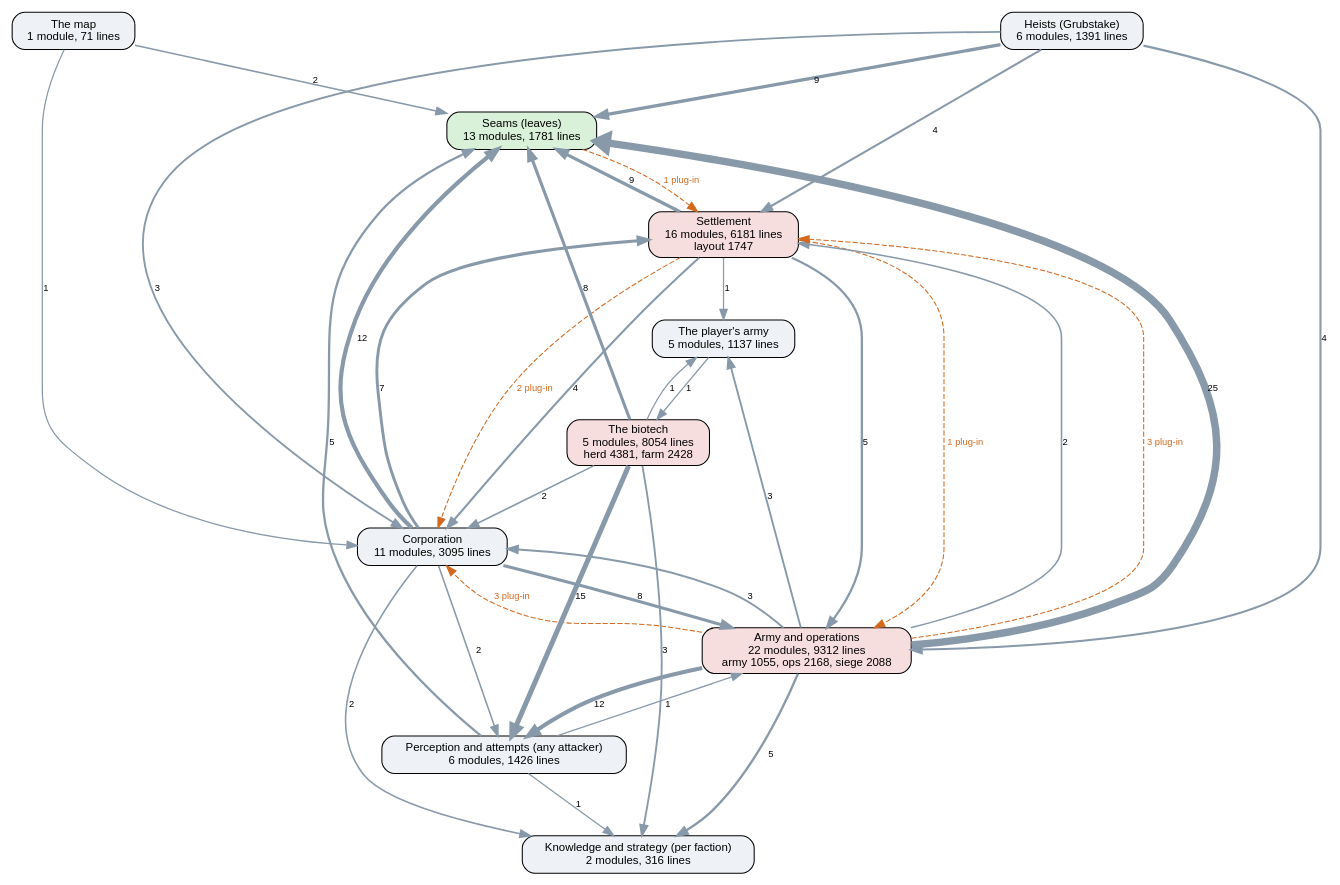
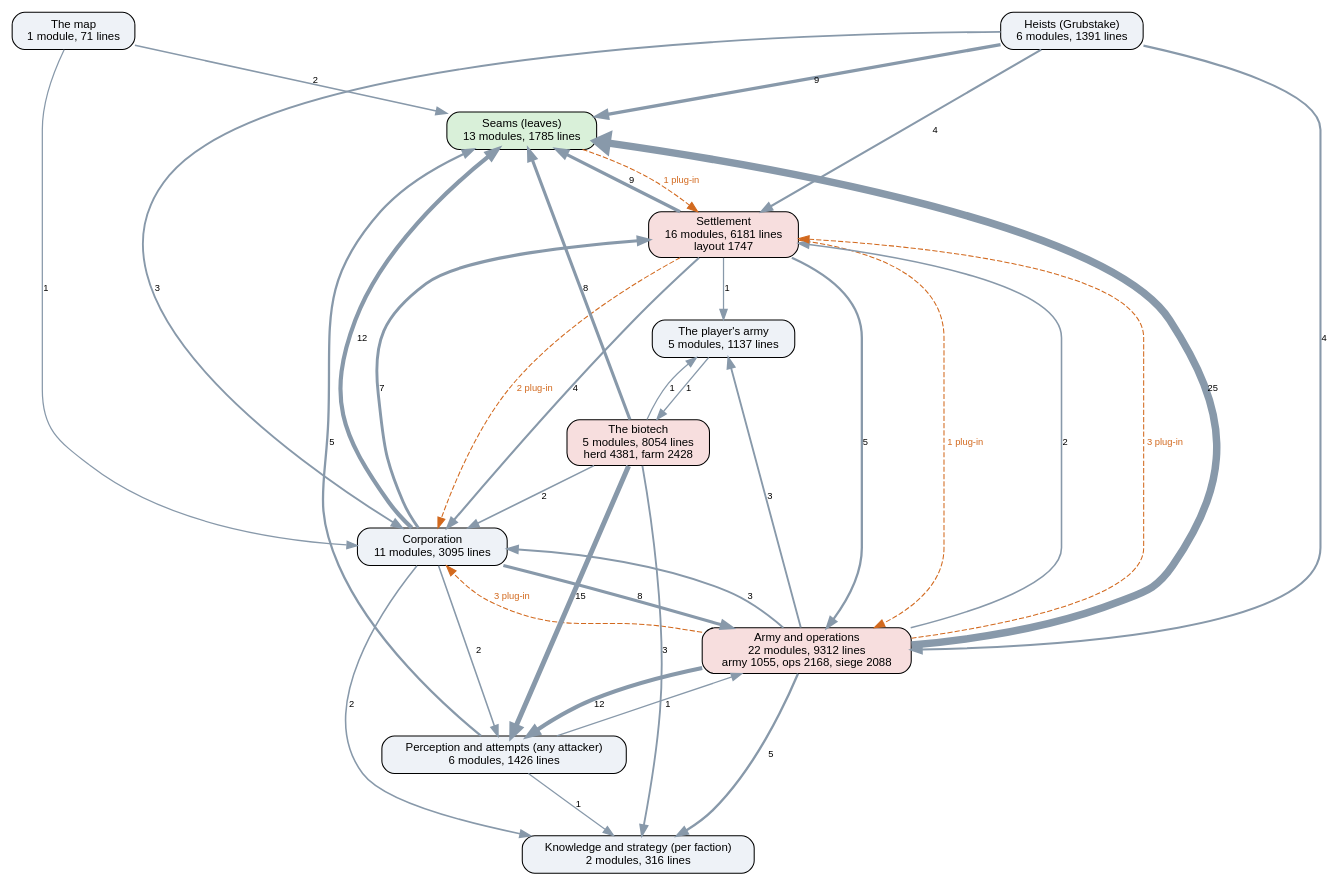
The diagram in docs/ai-layers.dot (kinelhu/landing-party), drawn with Graphviz before and after one commit. The commit also changed 9 other files, not shown here.

```diff
--- a/docs/ai-layers.dot
+++ b/docs/ai-layers.dot
@@ -1,50 +1,50 @@
 digraph layers {
   graph [rankdir=TB, fontname="Helvetica", nodesep=0.5, ranksep=0.7];
   node [shape=box, style="rounded,filled", fontname="Helvetica", fontsize=11, fillcolor="#eef2f7"];
   edge [color="#8899aa", fontname="Helvetica", fontsize=9];
-  "Seams (leaves)" [label="Seams (leaves)\n13 modules, 1781 lines", fillcolor="#d9f0d9"];
+  "Seams (leaves)" [label="Seams (leaves)\n13 modules, 1785 lines", fillcolor="#d9f0d9"];
   "Perception and attempts (any attacker)" [label="Perception and attempts (any attacker)\n6 modules, 1426 lines", fillcolor="#eef2f7"];
   "Knowledge and strategy (per faction)" [label="Knowledge and strategy (per faction)\n2 modules, 316 lines", fillcolor="#eef2f7"];
   "Corporation" [label="Corporation\n11 modules, 3095 lines", fillcolor="#eef2f7"];
   "Settlement" [label="Settlement\n16 modules, 6181 lines\nlayout 1747", fillcolor="#f7dede"];
   "Army and operations" [label="Army and operations\n22 modules, 9312 lines\narmy 1055, ops 2168, siege 2088", fillcolor="#f7dede"];
   "Heists (Grubstake)" [label="Heists (Grubstake)\n6 modules, 1391 lines", fillcolor="#eef2f7"];
   "The biotech" [label="The biotech\n5 modules, 8054 lines\nherd 4381, farm 2428", fillcolor="#f7dede"];
   "The map" [label="The map\n1 module, 71 lines", fillcolor="#eef2f7"];
   "The player's army" [label="The player's army\n5 modules, 1137 lines", fillcolor="#eef2f7"];
   "Army and operations" -> "Corporation" [label="3", penwidth=1.8];
   "Army and operations" -> "Knowledge and strategy (per faction)" [label="5", penwidth=2.2];
   "Army and operations" -> "Perception and attempts (any attacker)" [label="12", penwidth=4.0];
   "Army and operations" -> "Seams (leaves)" [label="25", penwidth=7.2];
   "Army and operations" -> "Settlement" [label="2", penwidth=1.5];
   "Army and operations" -> "The player's army" [label="3", penwidth=1.8];
   "Corporation" -> "Army and operations" [label="8", penwidth=3.0];
   "Corporation" -> "Knowledge and strategy (per faction)" [label="2", penwidth=1.5];
   "Corporation" -> "Perception and attempts (any attacker)" [label="2", penwidth=1.5];
   "Corporation" -> "Seams (leaves)" [label="12", penwidth=4.0];
   "Corporation" -> "Settlement" [label="7", penwidth=2.8];
   "Heists (Grubstake)" -> "Army and operations" [label="4", penwidth=2.0];
   "Heists (Grubstake)" -> "Corporation" [label="3", penwidth=1.8];
   "Heists (Grubstake)" -> "Seams (leaves)" [label="9", penwidth=3.2];
   "Heists (Grubstake)" -> "Settlement" [label="4", penwidth=2.0];
   "Perception and attempts (any attacker)" -> "Army and operations" [label="1", penwidth=1.2];
   "Perception and attempts (any attacker)" -> "Knowledge and strategy (per faction)" [label="1", penwidth=1.2];
   "Perception and attempts (any attacker)" -> "Seams (leaves)" [label="5", penwidth=2.2];
   "Settlement" -> "Army and operations" [label="5", penwidth=2.2];
   "Settlement" -> "Corporation" [label="4", penwidth=2.0];
   "Settlement" -> "Seams (leaves)" [label="9", penwidth=3.2];
   "Settlement" -> "The player's army" [label="1", penwidth=1.2];
   "The biotech" -> "Corporation" [label="2", penwidth=1.5];
   "The biotech" -> "Knowledge and strategy (per faction)" [label="3", penwidth=1.8];
   "The biotech" -> "Perception and attempts (any attacker)" [label="15", penwidth=4.8];
   "The biotech" -> "Seams (leaves)" [label="8", penwidth=3.0];
   "The biotech" -> "The player's army" [label="1", penwidth=1.2];
   "The map" -> "Corporation" [label="1", penwidth=1.2];
   "The map" -> "Seams (leaves)" [label="2", penwidth=1.5];
   "The player's army" -> "The biotech" [label="1", penwidth=1.2];
   "Army and operations" -> "Corporation" [style=dashed, color="#d2691e", fontcolor="#d2691e", label="3 plug-in"];
   "Army and operations" -> "Settlement" [style=dashed, color="#d2691e", fontcolor="#d2691e", label="3 plug-in"];
   "Seams (leaves)" -> "Settlement" [style=dashed, color="#d2691e", fontcolor="#d2691e", label="1 plug-in"];
   "Settlement" -> "Army and operations" [style=dashed, color="#d2691e", fontcolor="#d2691e", label="1 plug-in"];
   "Settlement" -> "Corporation" [style=dashed, color="#d2691e", fontcolor="#d2691e", label="2 plug-in"];
 }
```
